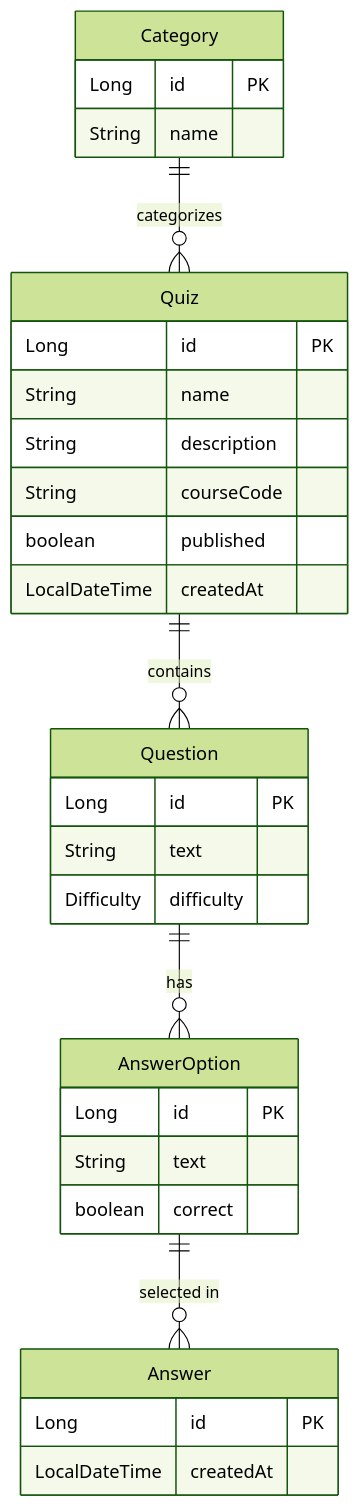
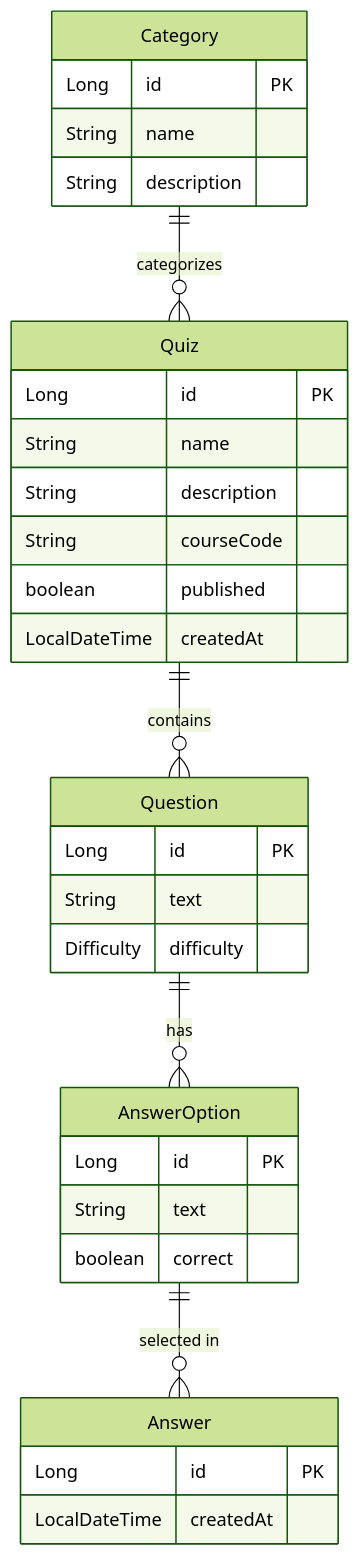
Before and after one commit to Moi-Maailman/hello-world: the diagram in README.md, drawn with Mermaid (forest theme). The commit also changed 3 other files, not shown here.

````diff
--- a/README.md
+++ b/README.md
@@ -34,33 +34,34 @@
 ```mermaid
 erDiagram
     Category {
         Long id PK
         String name
+        String description
     }
     Quiz {
         Long id PK
         String name
         String description
         String courseCode
         boolean published
         LocalDateTime createdAt
     }
     Question {
         Long id PK
         String text
         Difficulty difficulty
     }
     AnswerOption {
         Long id PK
         String text
         boolean correct
     }
     Answer {
         Long id PK
         LocalDateTime createdAt
     }
     Category 1--0+ Quiz : "categorizes"
     Quiz 1--0+ Question : "contains"
     Question 1--0+ AnswerOption : "has"
     AnswerOption 1--0+ Answer : "selected in"
 ```
````
